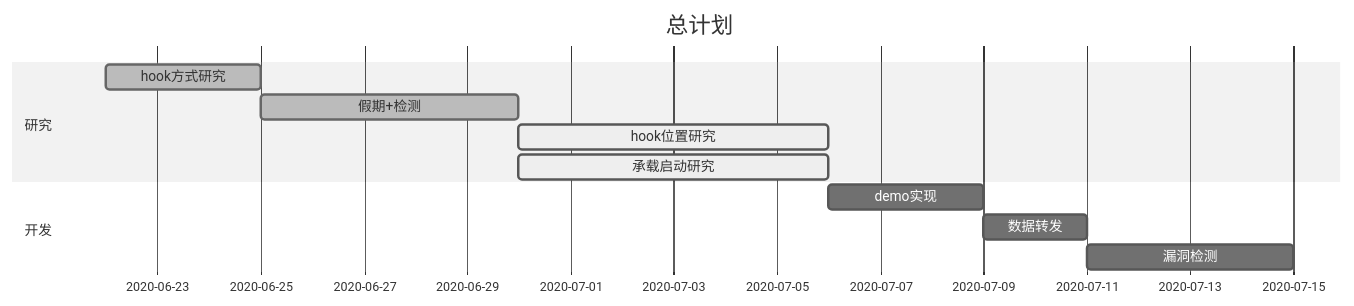
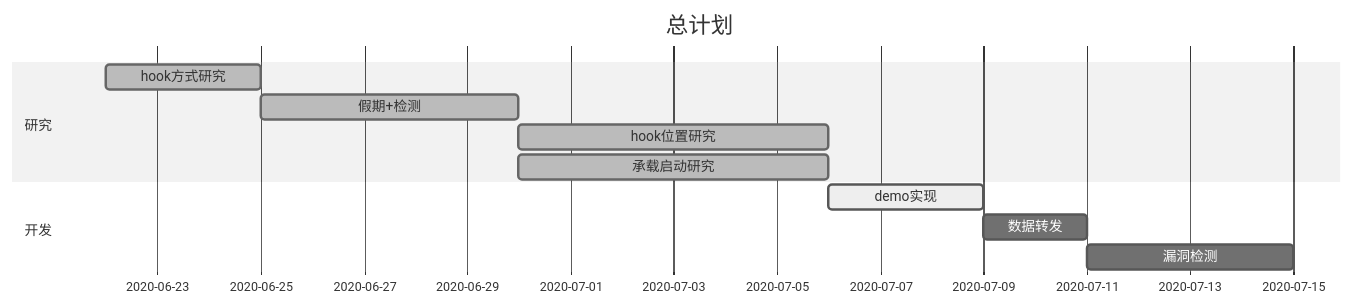
The first of 2 diagrams in Plan.md (luotianqi777/Notebook), drawn with Mermaid (neutral theme) before and after one commit. The commit also changed other lines of this file and 1 other file, not shown here.

````diff
--- a/Plan.md
+++ b/Plan.md
@@ -3,14 +3,14 @@
 ```mermaid
 gantt
 dateFormat MM-DD
 title 总计划
 section 研究
 hook方式研究: done, hook_find, 06-22, 3d
 假期+检测: done, holiday, after hook_find, 5d
-hook位置研究: active, hook_location, after holiday, 6d
-承载启动研究: active, startup ,after holiday, 6d
+hook位置研究: done, hook_location, after holiday, 6d
+承载启动研究: done, startup ,after holiday, 6d
 section 开发
-demo实现: hook_impl, after startup, 3d
+demo实现: active, hook_impl, after startup, 3d
 数据转发: data_send, after hook_impl, 2d
 漏洞检测: bug_check, after data_send, 4d
 ```
````
